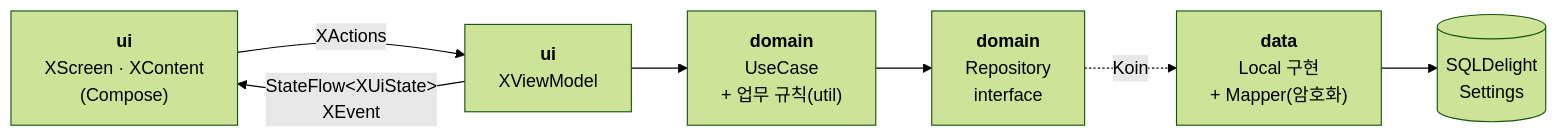
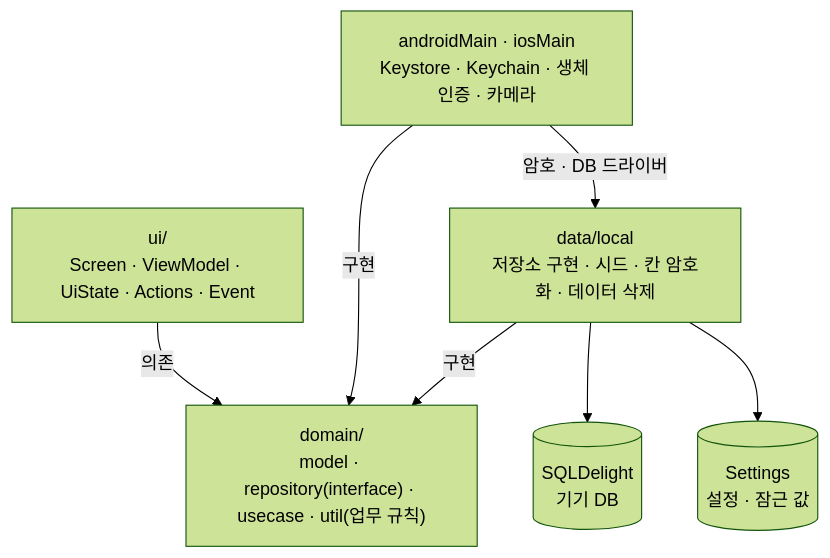
Before and after one commit to EunilSung/Securities_ODS_Mobile: the first of 2 diagrams in README.md, drawn with Mermaid (forest theme). The commit also changed other lines of this file and 25 other files, not shown here.

````diff
--- a/README.md
+++ b/README.md
@@ -51,9 +122,16 @@
 ```mermaid
-flowchart LR
-    A["<b>ui</b><br/>XScreen · XContent<br/>(Compose)"] -- "XActions" --> B["<b>ui</b><br/>XViewModel"]
-    B -- "StateFlow&lt;XUiState&gt;<br/>XEvent" --> A
-    B --> C["<b>domain</b><br/>UseCase<br/>+ 업무 규칙(util)"]
-    C --> D["<b>domain</b><br/>Repository<br/>interface"]
-    D -. "Koin" .-> E["<b>data</b><br/>Local 구현<br/>+ Mapper(암호화)"]
-    E --> F[("SQLDelight<br/>Settings")]
+flowchart TD
+    UI["ui/<br/>Screen · ViewModel · UiState · Actions · Event"]
+    DOMAIN["domain/<br/>model · repository(interface) · usecase · util(업무 규칙)"]
+    LOCAL["data/local<br/>저장소 구현 · 시드 · 칸 암호화 · 데이터 삭제"]
+    PLATFORM["androidMain · iosMain<br/>Keystore · Keychain · 생체 인증 · 카메라"]
+    DB[("SQLDelight<br/>기기 DB")]
+    SETTINGS[("Settings<br/>설정 · 잠근 값")]
+
+    UI -->|의존| DOMAIN
+    LOCAL -->|구현| DOMAIN
+    PLATFORM -->|구현| DOMAIN
+    PLATFORM -->|암호 · DB 드라이버| LOCAL
+    LOCAL --> DB
+    LOCAL --> SETTINGS
 ```
````
